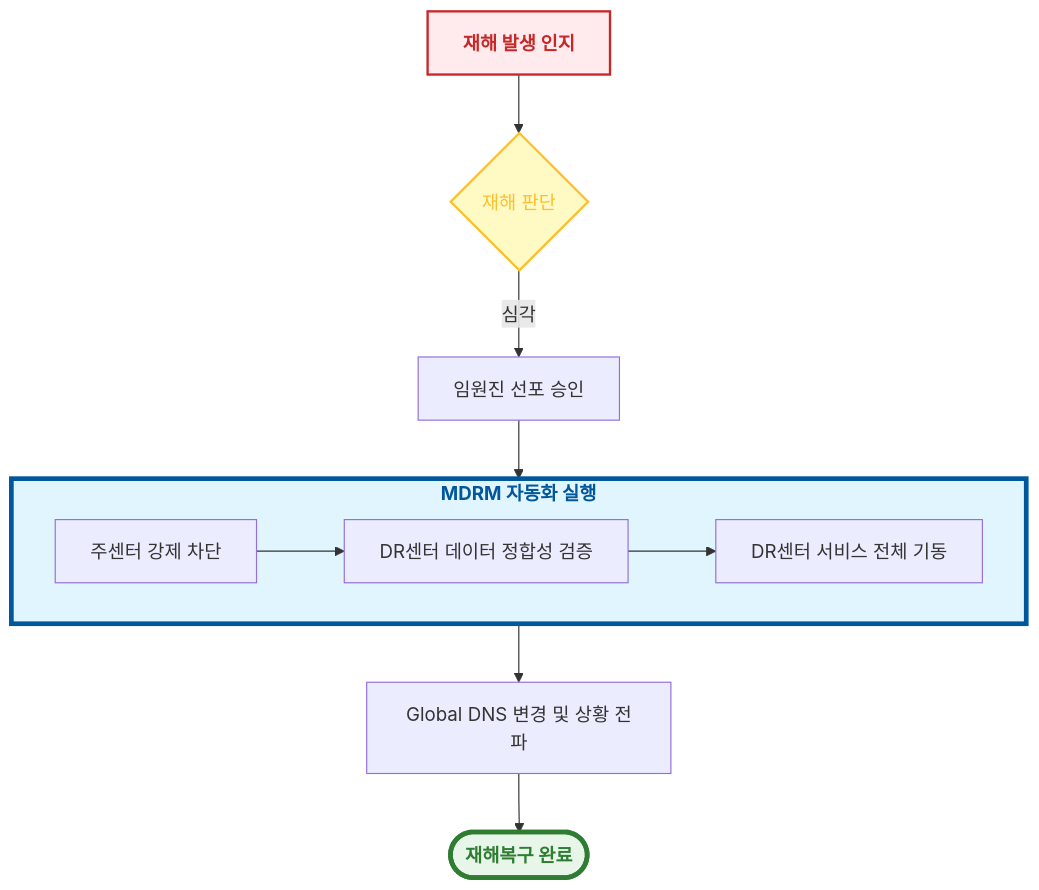
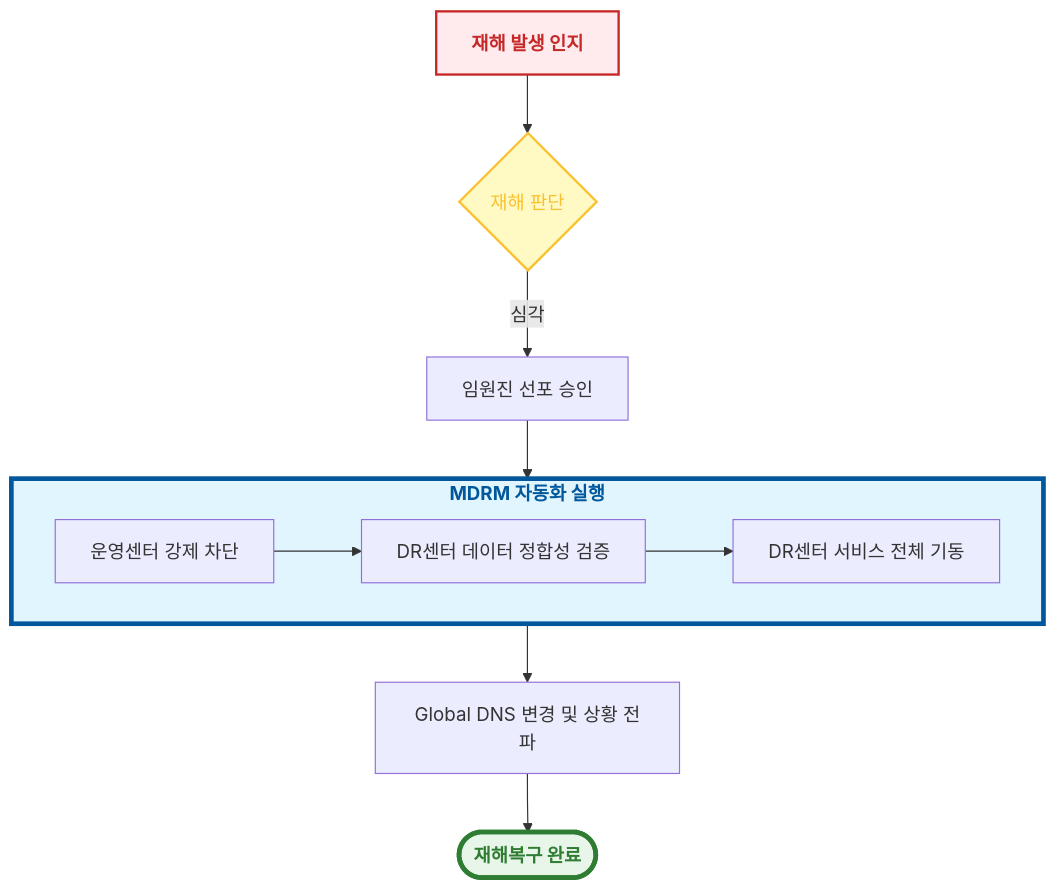
One commit to ai-uzoogom/MDRM_manual changed the diagram in docs/day3/MDRM_워크플로우_시나리오.md. Above: the diagram before and after it, drawn with Mermaid. The commit also changed other lines of this file and 27 other files, not shown here.

````diff
--- a/docs/day3/MDRM_워크플로우_시나리오.md
+++ b/docs/day3/MDRM_워크플로우_시나리오.md
@@ -38,19 +38,19 @@
 ```mermaid
 graph TD
     A[재해 발생 인지] --> B{재해 판단}
     B -- "심각" --> C[임원진 선포 승인]
     C --> D
 
     subgraph D [MDRM 자동화 실행]
-        E[주센터 강제 차단] --> F[DR센터 데이터 정합성 검증]
+        E[운영센터 강제 차단] --> F[DR센터 데이터 정합성 검증]
         F --> G[DR센터 서비스 전체 기동]
     end
 
     D --> H[Global DNS 변경 및 상황 전파]
     H --> I([재해복구 완료])
 
     style A fill:#ffebee,stroke:#c62828,stroke-width:2px,color:#c62828,font-weight:bold
     style B fill:#fff9c4,stroke:#fbc02d,stroke-width:2px,color:#fbc02d
     style D fill:#e1f5fe,stroke:#01579b,stroke-width:4px,color:#01579b,font-weight:bold
     style I fill:#e8f5e9,stroke:#2e7d32,stroke-width:4px,color:#2e7d32,font-weight:bold
 ```
````
